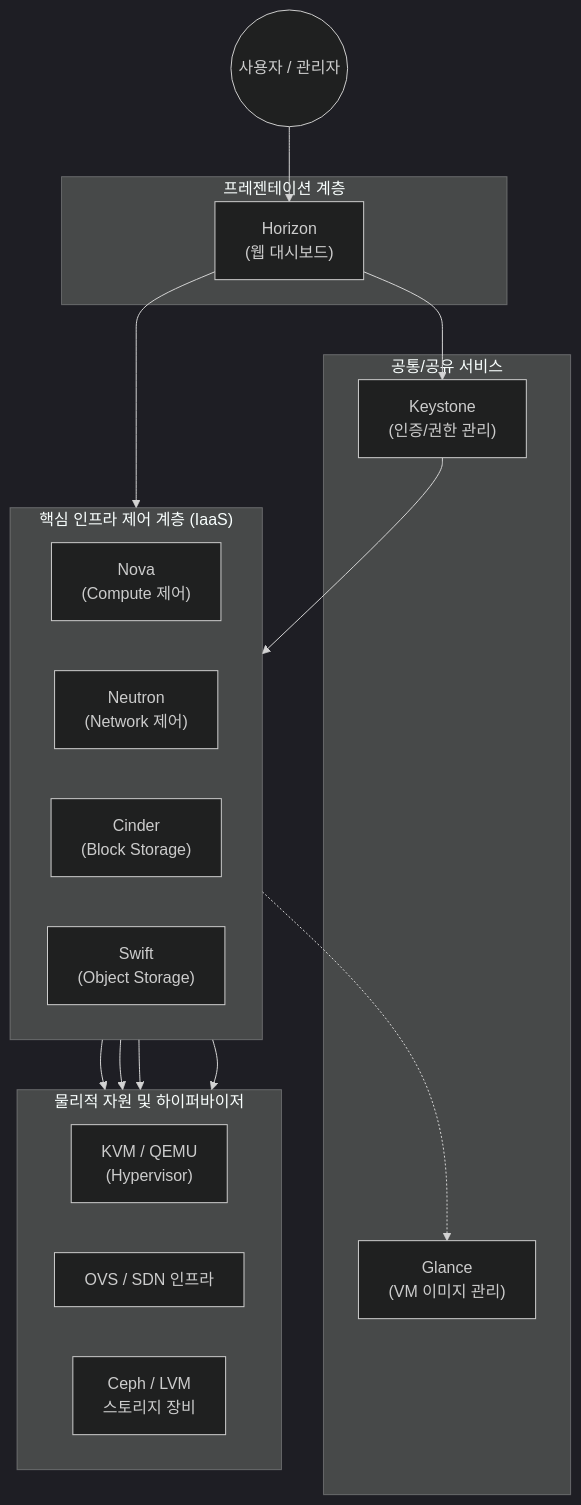
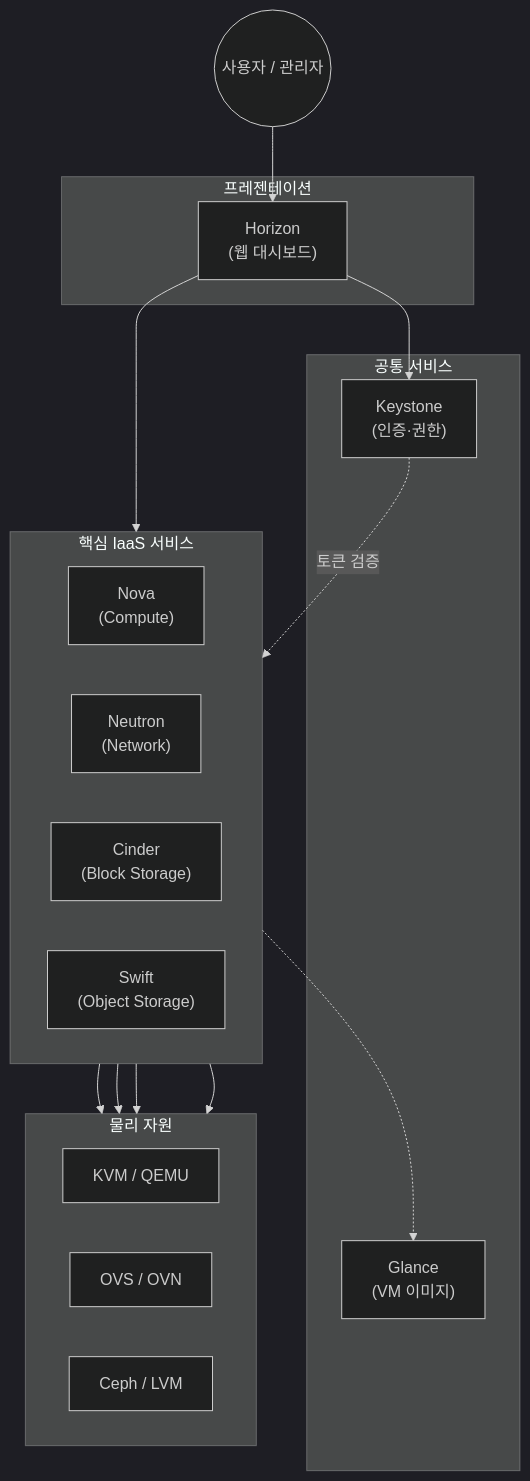
The diagram in content/01_IT Tech/오픈 스택 프로젝트.md (supremethumb/supremethumb.github.io), drawn with Mermaid (dark theme) before and after one commit. The commit also changed other lines of this file and 1087 other files, not shown here.

````diff
--- a/content/01_IT Tech/오픈 스택 프로젝트.md
+++ b/content/01_IT Tech/오픈 스택 프로젝트.md
@@ -23,39 +36,38 @@
 ```mermaid
 flowchart TB
     User(("사용자 / 관리자"))
-    
-    subgraph Dashboard ["프레젠테이션 계층"]
+
+    subgraph Dashboard ["프레젠테이션"]
         Horizon["Horizon<br/>(웹 대시보드)"]
     end
-    
-    subgraph Shared_Services ["공통/공유 서비스"]
-        Keystone["Keystone<br/>(인증/권한 관리)"]
-        Glance["Glance<br/>(VM 이미지 관리)"]
+
+    subgraph Shared ["공통 서비스"]
+        Keystone["Keystone<br/>(인증·권한)"]
+        Glance["Glance<br/>(VM 이미지)"]
     end
-    
-    subgraph Core_IaaS ["핵심 인프라 제어 계층 (IaaS)"]
+
+    subgraph Core ["핵심 IaaS 서비스"]
         direction LR
-        Nova["Nova<br/>(Compute 제어)"]
-        Neutron["Neutron<br/>(Network 제어)"]
+        Nova["Nova<br/>(Compute)"]
+        Neutron["Neutron<br/>(Network)"]
         Cinder["Cinder<br/>(Block Storage)"]
         Swift["Swift<br/>(Object Storage)"]
     end
-    
-    subgraph Hypervisor_Hardware ["물리적 자원 및 하이퍼바이저"]
+
+    subgraph Infra ["물리 자원"]
         direction LR
-        KVM["KVM / QEMU<br/>(Hypervisor)"]
-        SDN["OVS / SDN 인프라"]
-        Storage["Ceph / LVM<br/>스토리지 장비"]
+        KVM["KVM / QEMU"]
+        SDN["OVS / OVN"]
+        Storage["Ceph / LVM"]
     end
 
     User --> Horizon
     Horizon --> Keystone
-    Keystone --> Core_IaaS
-    Horizon --> Core_IaaS
-    Core_IaaS -.-> Glance
+    Horizon --> Core
+    Keystone -.->|"토큰 검증"| Core
+    Nova -.-> Glance
     Nova --> KVM
     Neutron --> SDN
     Cinder --> Storage
     Swift --> Storage
-
 ```
````
